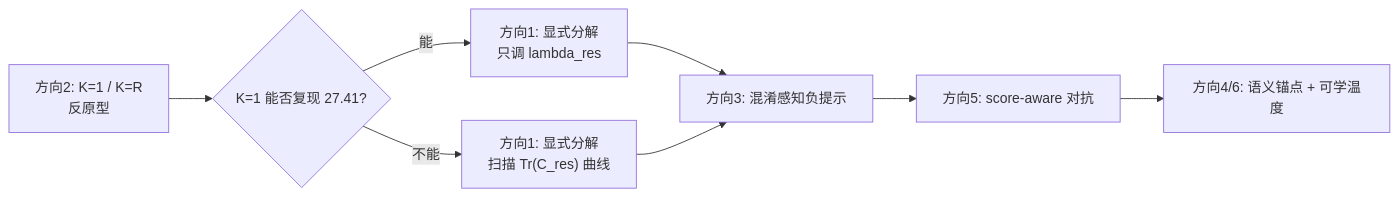
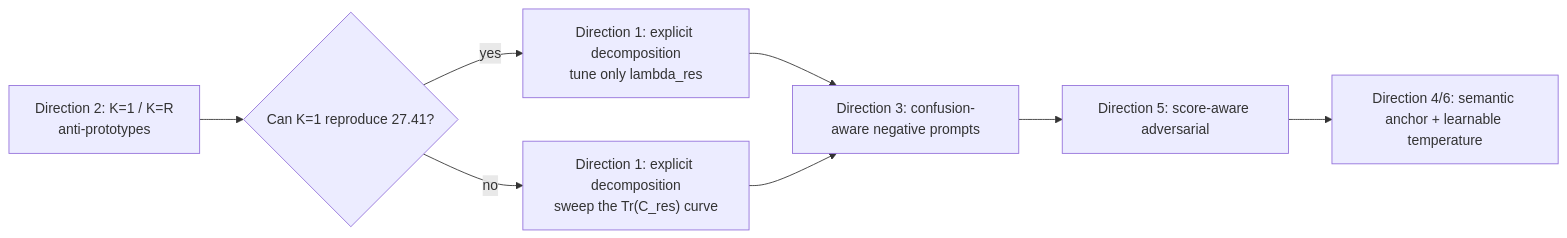
Before and after one commit to WJJLL/IIM-SMCM-JS: the diagram in docs/neg_prompt_experiments.md, drawn with Mermaid. The commit also changed other lines of this file and 43 other files, not shown here.

````diff
--- a/docs/neg_prompt_experiments.md
+++ b/docs/neg_prompt_experiments.md
@@ -547,10 +547,10 @@
 ```mermaid
 graph LR
-    A["方向2: K=1 / K=R<br/>反原型"] --> B{"K=1 能否复现 27.41?"}
-    B -->|能| C["方向1: 显式分解<br/>只调 lambda_res"]
-    B -->|不能| D["方向1: 显式分解<br/>扫描 Tr(C_res) 曲线"]
-    C --> E["方向3: 混淆感知负提示"]
+    A["Direction 2: K=1 / K=R<br/>anti-prototypes"] --> B{"Can K=1 reproduce 27.41?"}
+    B -->|yes| C["Direction 1: explicit decomposition<br/>tune only lambda_res"]
+    B -->|no| D["Direction 1: explicit decomposition<br/>sweep the Tr(C_res) curve"]
+    C --> E["Direction 3: confusion-aware negative prompts"]
     D --> E
-    E --> F["方向5: score-aware 对抗"]
-    F --> G["方向4/6: 语义锚点 + 可学温度"]
+    E --> F["Direction 5: score-aware adversarial"]
+    F --> G["Direction 4/6: semantic anchor + learnable temperature"]
 ```
````
